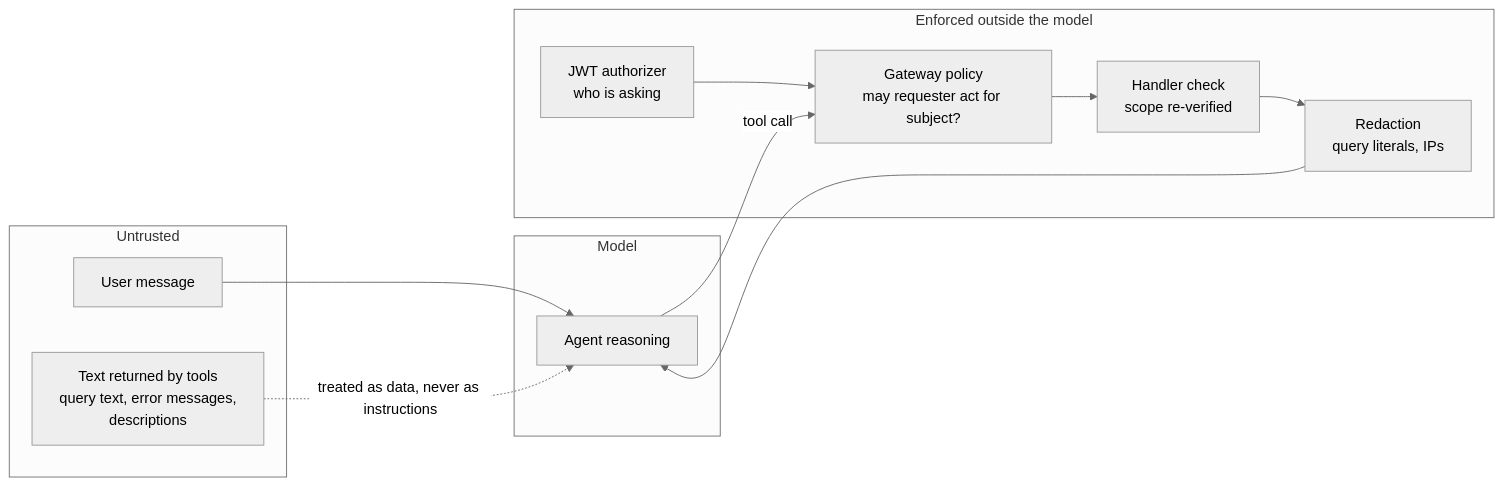
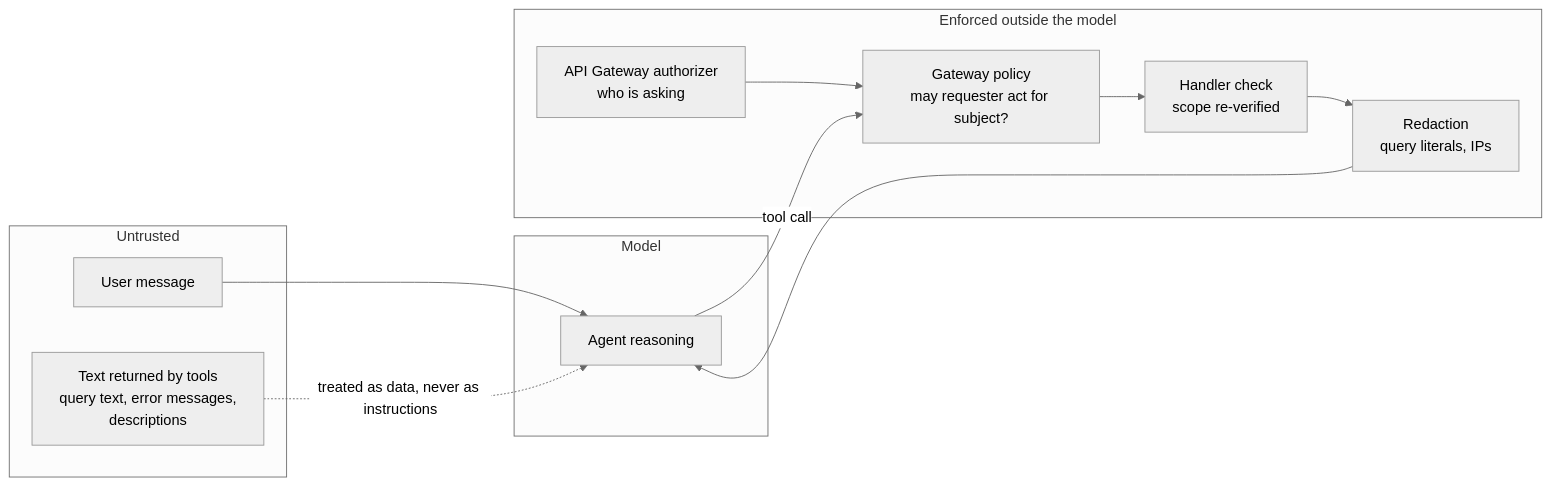
Before and after one commit to pranavkulkarni1012/agentic-consumer-journey: the third of 3 diagrams in docs/02-architecture.md, drawn with Mermaid (neutral theme). The commit also changed other lines of this file and 21 other files, not shown here.

````diff
--- a/docs/02-architecture.md
+++ b/docs/02-architecture.md
@@ -152,20 +152,20 @@
 ```mermaid
 flowchart LR
     subgraph Untrusted
         U[User message]
         D[Text returned by tools<br/>query text, error messages,<br/>descriptions]
     end
     subgraph Model
         A[Agent reasoning]
     end
     subgraph Enforced outside the model
-        J[JWT authorizer<br/>who is asking]
+        J[API Gateway authorizer<br/>who is asking]
         P[Gateway policy<br/>may requester act for subject?]
         H[Handler check<br/>scope re-verified]
         R[Redaction<br/>query literals, IPs]
     end
     U --> A
     A -->|tool call| P
     J --> P --> H --> R --> A
     D -.treated as data, never as instructions.-> A
 ```
````
